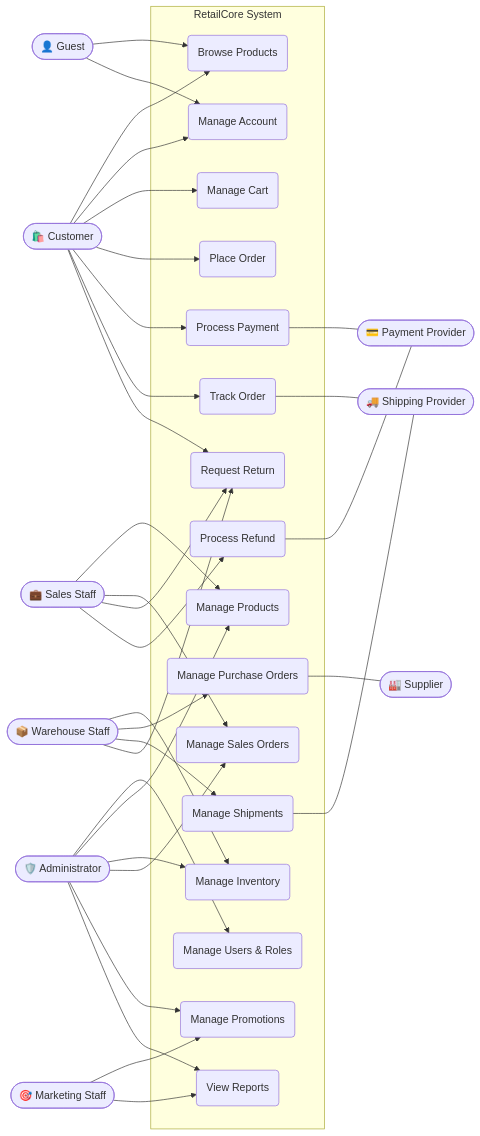
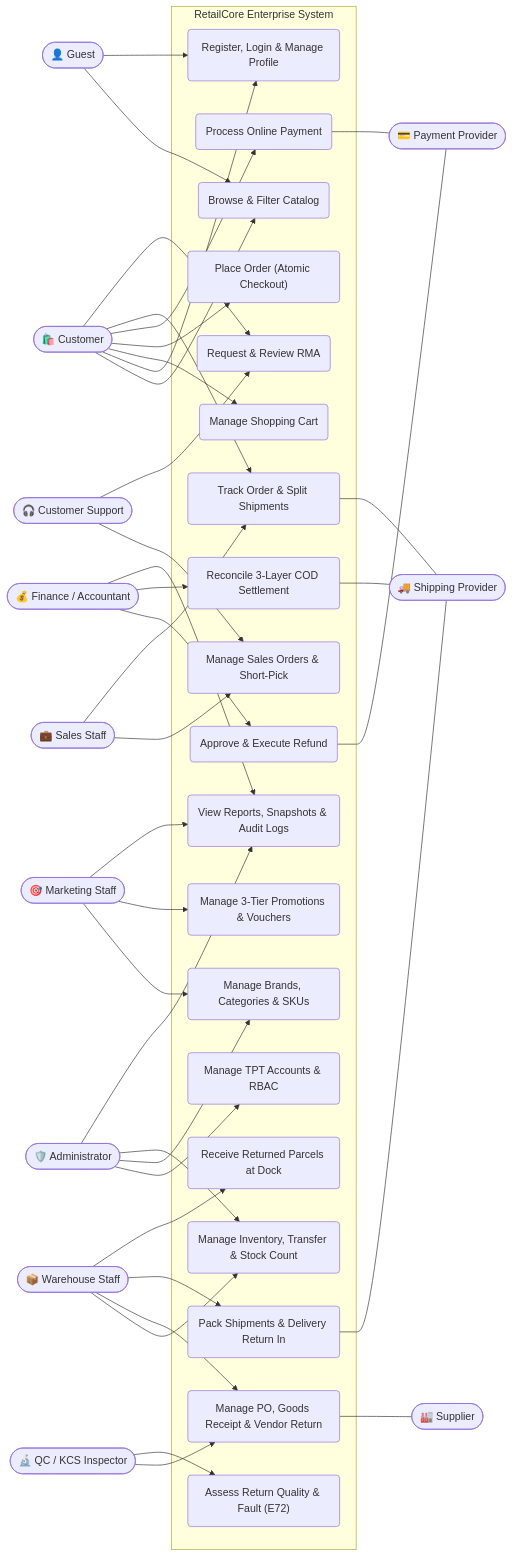
The diagram in docs/Milestones/M1-Business-Analysis/03-Use-Case-Diagram.md (itzchugnn/RetailCore-E-commerce-Management-System), drawn with Mermaid before and after one commit. The commit also changed other lines of this file and 42 other files, not shown here.

```diff
--- a/docs/Milestones/M1-Business-Analysis/03-Use-Case-Diagram.md
+++ b/docs/Milestones/M1-Business-Analysis/03-Use-Case-Diagram.md
@@ -30,9 +31,12 @@
     %% Primary Actors
     Guest(["👤 Guest"])
     Customer(["🛍️ Customer"])
+    Marketing(["🎯 Marketing Staff"])
     Sales(["💼 Sales Staff"])
+    CSKH(["🎧 Customer Support"])
     Warehouse(["📦 Warehouse Staff"])
-    Marketing(["🎯 Marketing Staff"])
+    KCS(["🔬 QC / KCS Inspector"])
+    Accountant(["💰 Finance / Accountant"])
     Admin(["🛡️ Administrator"])
 
     %% External / Supporting Actors
@@ -40,31 +44,32 @@
     Shipper(["🚚 Shipping Provider"])
     PaymentGate(["💳 Payment Provider"])
 
-    subgraph RetailCore["RetailCore System"]
-        UC_Browse("Browse Products")
-        UC_Account("Manage Account")
-        UC_Cart("Manage Cart")
-        UC_PlaceOrder("Place Order")
-        UC_Payment("Process Payment")
-        UC_TrackOrder("Track Order")
-        UC_Return("Request Return")
+    subgraph RetailCore["RetailCore Enterprise System"]
+        UC_Browse("Browse & Filter Catalog")
+        UC_Account("Register, Login & Manage Profile")
+        UC_Cart("Manage Shopping Cart")
+        UC_PlaceOrder("Place Order (Atomic Checkout)")
+        UC_Payment("Process Online Payment")
+        UC_TrackOrder("Track Order & Split Shipments")
+        UC_Return("Request & Review RMA")
 
-        UC_Prod("Manage Products")
-        UC_Inv("Manage Inventory")
-        UC_PO("Manage Purchase Orders")
-        UC_SO("Manage Sales Orders")
-        UC_Promo("Manage Promotions")
-        UC_UserRole("Manage Users & Roles")
-        UC_Report("View Reports")
-        UC_Shipment("Manage Shipments")
-        UC_Refund("Process Refund")
+        UC_Prod("Manage Brands, Categories & SKUs")
+        UC_Promo("Manage 3-Tier Promotions & Vouchers")
+        UC_SO("Manage Sales Orders & Short-Pick")
+        UC_PO("Manage PO, Goods Receipt & Vendor Return")
+        UC_Inv("Manage Inventory, Transfer & Stock Count")
+        UC_Shipment("Pack Shipments & Delivery Return In")
+        UC_ReceiveReturn("Receive Returned Parcels at Dock")
+        UC_AssessReturn("Assess Return Quality & Fault (E72)")
+        UC_Refund("Approve & Execute Refund")
+        UC_CODReconcile("Reconcile 3-Layer COD Settlement")
+        UC_UserRole("Manage TPT Accounts & RBAC")
+        UC_Report("View Reports, Snapshots & Audit Logs")
     end
 
-    %% Guest Interactions
+    %% Guest & Customer
     Guest --> UC_Browse
     Guest --> UC_Account
-
-    %% Customer Interactions
     Customer --> UC_Browse
     Customer --> UC_Account
     Customer --> UC_Cart
@@ -73,34 +78,41 @@
     Customer --> UC_TrackOrder
     Customer --> UC_Return
 
-    %% Sales Staff Interactions
-    Sales --> UC_Prod
+    %% Commercial & Operations
+    Marketing --> UC_Prod
+    Marketing --> UC_Promo
+    Marketing --> UC_Report
+
     Sales --> UC_SO
-    Sales --> UC_Return
-    Sales --> UC_Refund
+    Sales --> UC_TrackOrder
 
-    %% Warehouse Staff Interactions
+    CSKH --> UC_SO
+    CSKH --> UC_Return
+
+    %% Warehouse, KCS & Finance (Strict SoD)
     Warehouse --> UC_Inv
     Warehouse --> UC_PO
     Warehouse --> UC_Shipment
-    Warehouse --> UC_Return
+    Warehouse --> UC_ReceiveReturn
 
-    %% Marketing Staff Interactions
-    Marketing --> UC_Promo
-    Marketing --> UC_Report
+    KCS --> UC_PO
+    KCS --> UC_AssessReturn
 
-    %% Administrator Interactions
+    Accountant --> UC_Refund
+    Accountant --> UC_CODReconcile
+    Accountant --> UC_Report
+
+    %% System Administration
     Admin --> UC_UserRole
     Admin --> UC_Prod
     Admin --> UC_Inv
-    Admin --> UC_SO
-    Admin --> UC_Promo
     Admin --> UC_Report
 
-    %% External Actor Associations
+    %% External Integrations
     UC_PO --- Supplier
     UC_Shipment --- Shipper
     UC_TrackOrder --- Shipper
+    UC_CODReconcile --- Shipper
     UC_Payment --- PaymentGate
     UC_Refund --- PaymentGate
 ~~~
```
